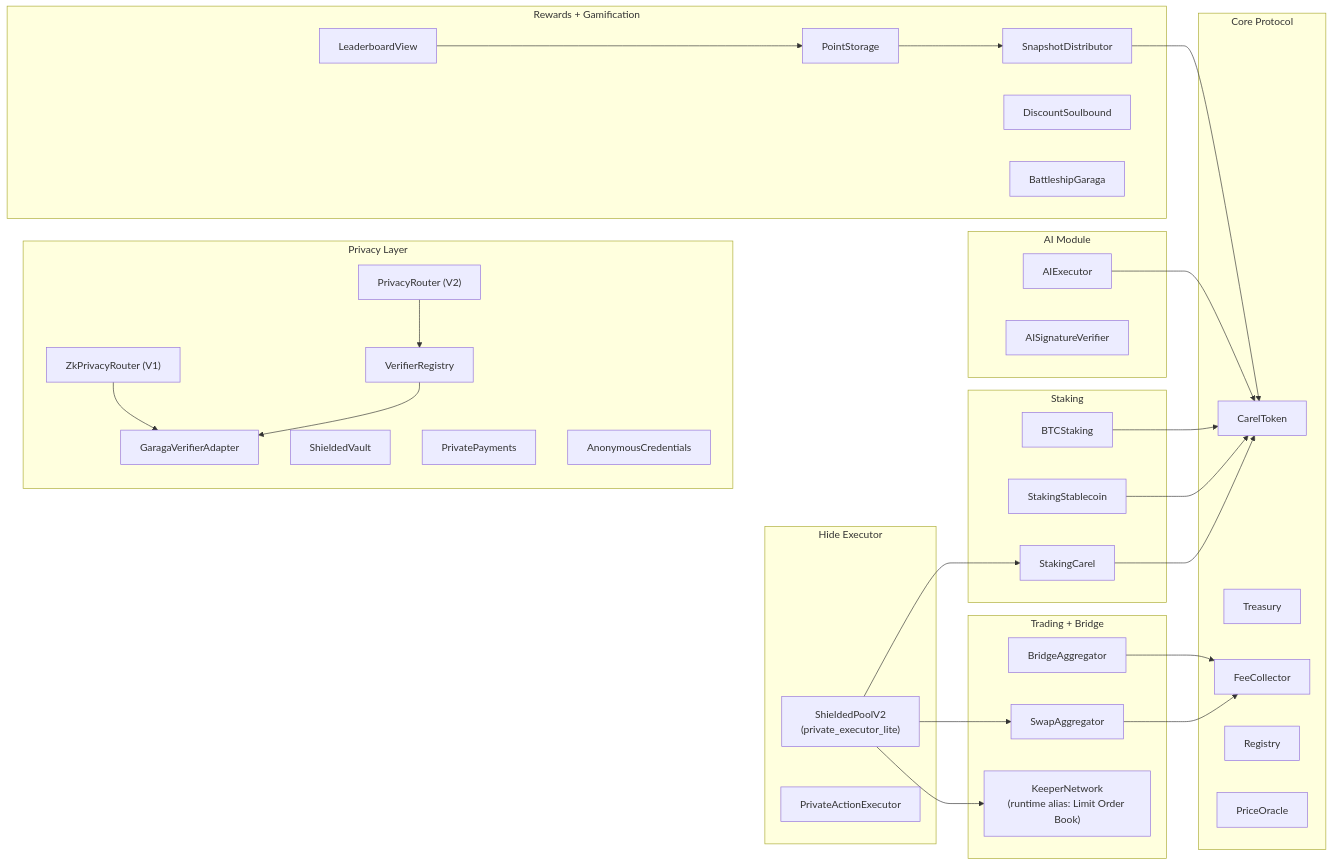
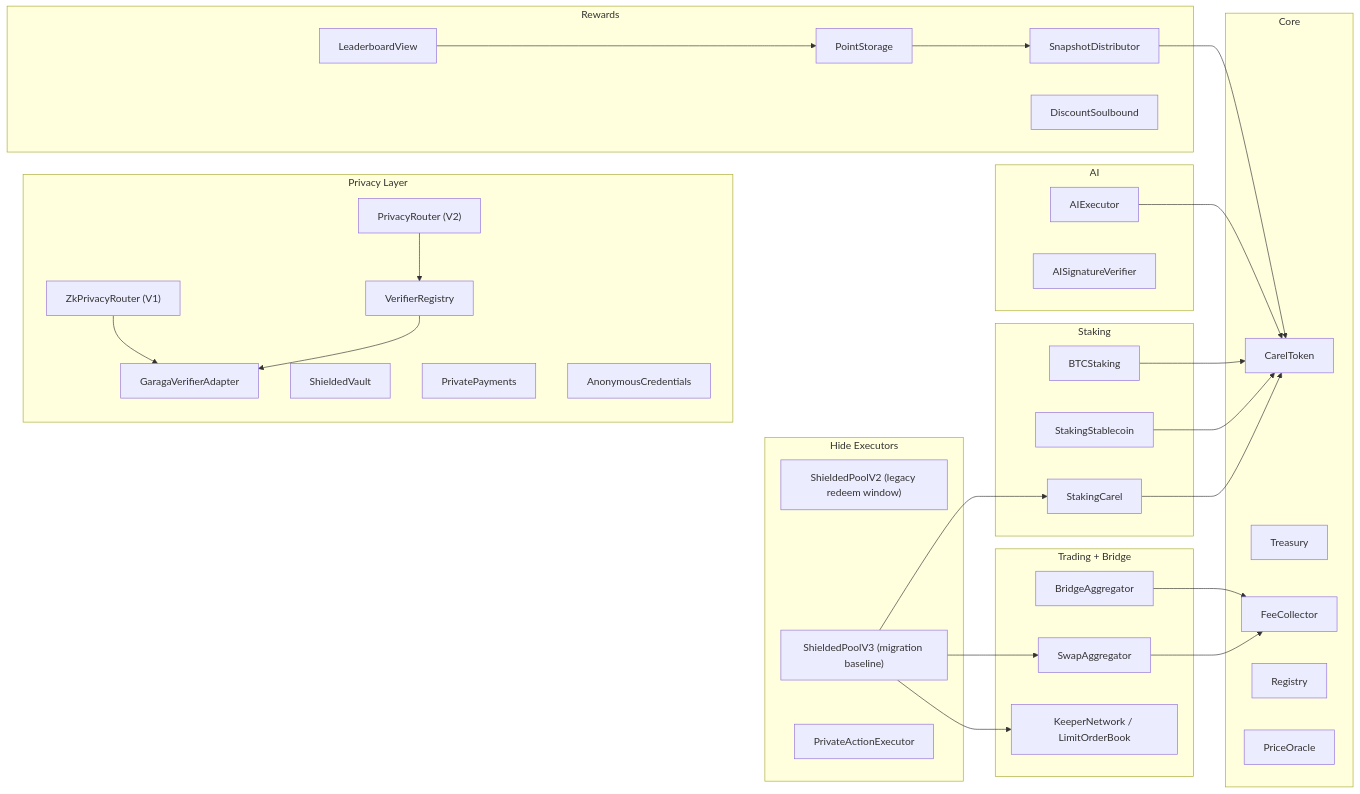
Before and after one commit to ntfound-dev/zkcarel_protocol: the diagram in smartcontract/README.md, drawn with Mermaid. The commit also changed other lines of this file and 25 other files, not shown here.

````diff
--- a/smartcontract/README.md
+++ b/smartcontract/README.md
@@ -55,66 +54,69 @@
 ```mermaid
 flowchart LR
-    subgraph CORE["Core Protocol"]
+    subgraph CORE["Core"]
         CAREL["CarelToken"]
         TREASURY["Treasury"]
         FEE["FeeCollector"]
         REG["Registry"]
         ORACLE["PriceOracle"]
     end
 
     subgraph TRADING["Trading + Bridge"]
         SWAP["SwapAggregator"]
         BRIDGE["BridgeAggregator"]
-        LOB["KeeperNetwork\n(runtime alias: Limit Order Book)"]
+        LOB["KeeperNetwork / LimitOrderBook"]
     end
 
     subgraph STAKING["Staking"]
         SCAREL["StakingCarel"]
         SSTABLE["StakingStablecoin"]
         SBTC["BTCStaking"]
     end
 
     subgraph PRIVACY["Privacy Layer"]
         ZKV1["ZkPrivacyRouter (V1)"]
         ZKV2["PrivacyRouter (V2)"]
         GADAPT["GaragaVerifierAdapter"]
         VREG["VerifierRegistry"]
         VAULT["ShieldedVault"]
         PPAY["PrivatePayments"]
         ACRED["AnonymousCredentials"]
     end
 
-    subgraph HIDE["Hide Executor"]
-        EXEC["ShieldedPoolV2\n(private_executor_lite)"]
+    subgraph HIDE["Hide Executors"]
+        EXECV2["ShieldedPoolV2 (legacy redeem window)"]
+        EXECV3["ShieldedPoolV3 (migration baseline)"]
         EXECLEG["PrivateActionExecutor"]
     end
 
-    subgraph REWARDS["Rewards + Gamification"]
+    subgraph REWARDS["Rewards"]
         POINTS["PointStorage"]
         SNAP["SnapshotDistributor"]
         NFT["DiscountSoulbound"]
         BOARD["LeaderboardView"]
-        BSHIP["BattleshipGaraga"]
     end
 
-    subgraph AI["AI Module"]
+    subgraph AI["AI"]
         AIEXEC["AIExecutor"]
         AIVER["AISignatureVerifier"]
     end
 
     SWAP --> FEE
     BRIDGE --> FEE
     SCAREL --> CAREL
     SSTABLE --> CAREL
     SBTC --> CAREL
-    EXEC --> SWAP
-    EXEC --> LOB
-    EXEC --> SCAREL
+
+    EXECV3 --> SWAP
+    EXECV3 --> LOB
+    EXECV3 --> SCAREL
+
     ZKV1 --> GADAPT
     ZKV2 --> VREG
     VREG --> GADAPT
+
     AIEXEC --> CAREL
+    POINTS --> SNAP
     SNAP --> CAREL
-    POINTS --> SNAP
     BOARD --> POINTS
 ```
````
